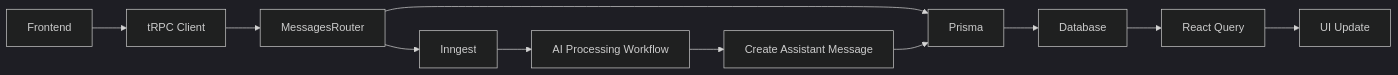
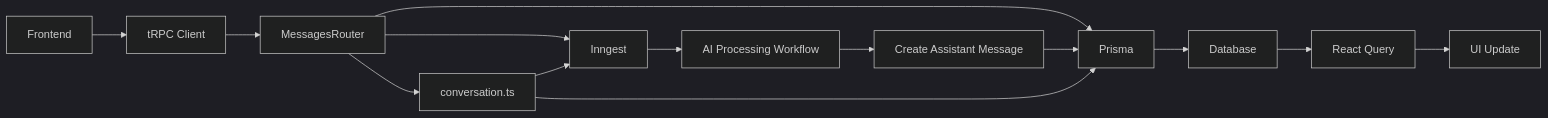
Before and after one commit to roisulimani/qai: the second of 9 diagrams in .qoder/repowiki/en/content/API Reference/tRPC Procedures/Messages Router/Messages Router.md, drawn with Mermaid (dark theme). The commit also changed other lines of this file and 5 other files, not shown here.

````diff
--- a/.qoder/repowiki/en/content/API Reference/tRPC Procedures/Messages Router/Messages Router.md
+++ b/.qoder/repowiki/en/content/API Reference/tRPC Procedures/Messages Router/Messages Router.md
@@ -81,13 +96,16 @@
 ```mermaid
 graph LR
 A[Frontend] --> B[tRPC Client]
 B --> C[MessagesRouter]
 C --> D[Prisma]
 D --> E[Database]
 C --> F[Inngest]
 F --> G[AI Processing Workflow]
 G --> H[Create Assistant Message]
 H --> D
 I[React Query] --> J[UI Update]
 E --> I
+C --> K[conversation.ts]
+K --> D
+K --> F
 ```
````
